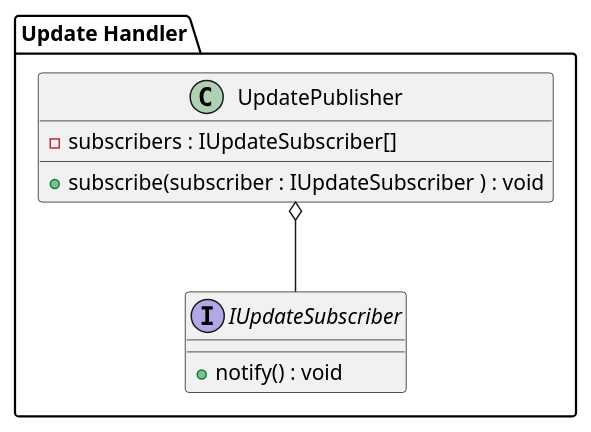
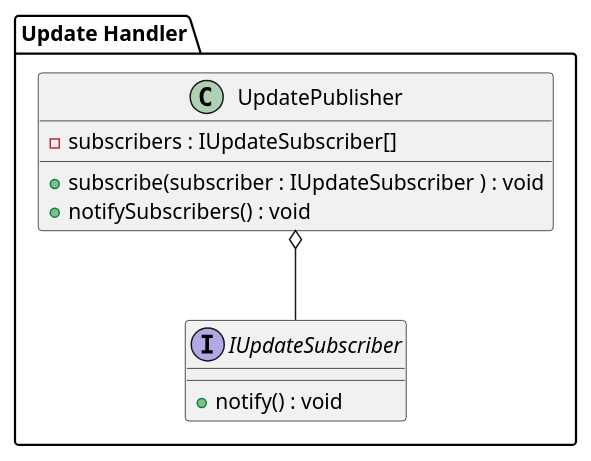
Before and after one commit to Pending-Name-21/arquitecture: the diagram in uml/frontend-software-system/update-handler.puml, drawn with PlantUML. The commit also changed 3 other files, not shown here.

Commit message:
chore: create render handler uml

```diff
--- a/uml/frontend-software-system/update-handler.puml
+++ b/uml/frontend-software-system/update-handler.puml
@@ -1,13 +1,14 @@
 @startuml
 package "Update Handler" {
   interface IUpdateSubscriber {
     +notify() : void
   }
 
   class UpdatePublisher {
     -subscribers : IUpdateSubscriber[]
     +subscribe(subscriber : IUpdateSubscriber ) : void
+    +notifySubscribers() : void
   }
   UpdatePublisher o-- IUpdateSubscriber
 }
 @enduml
```
